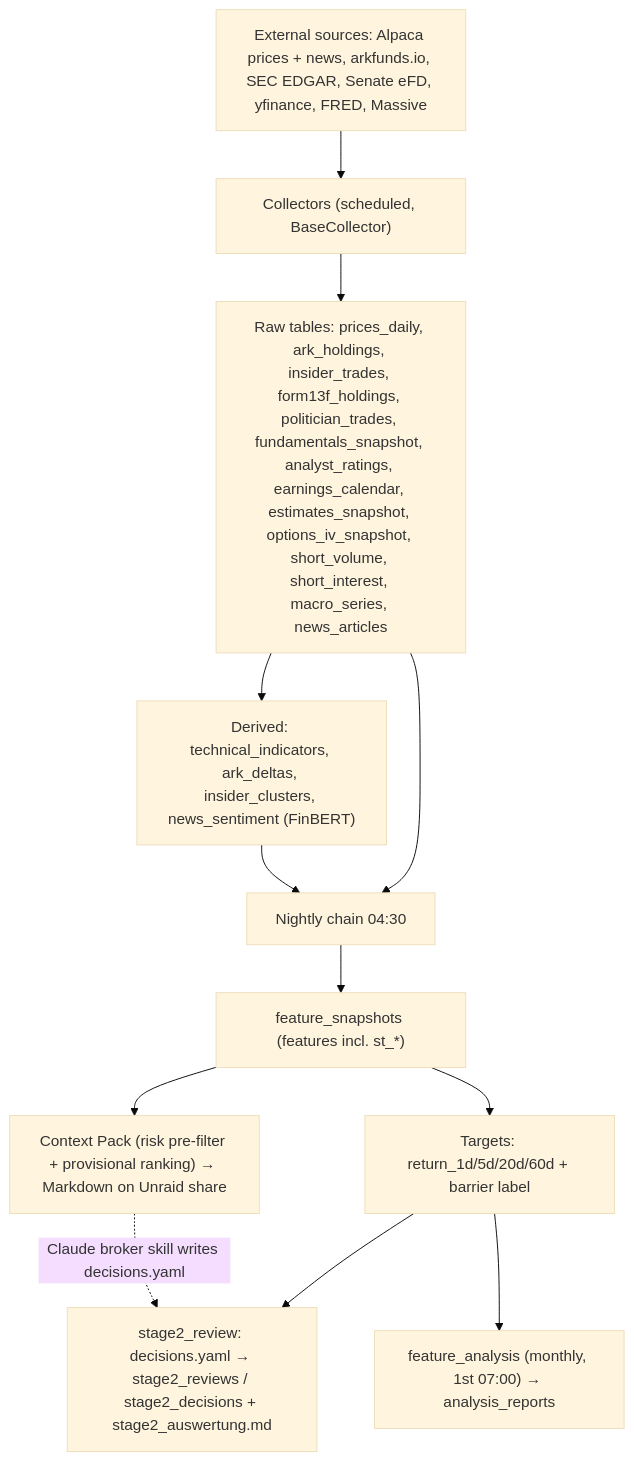
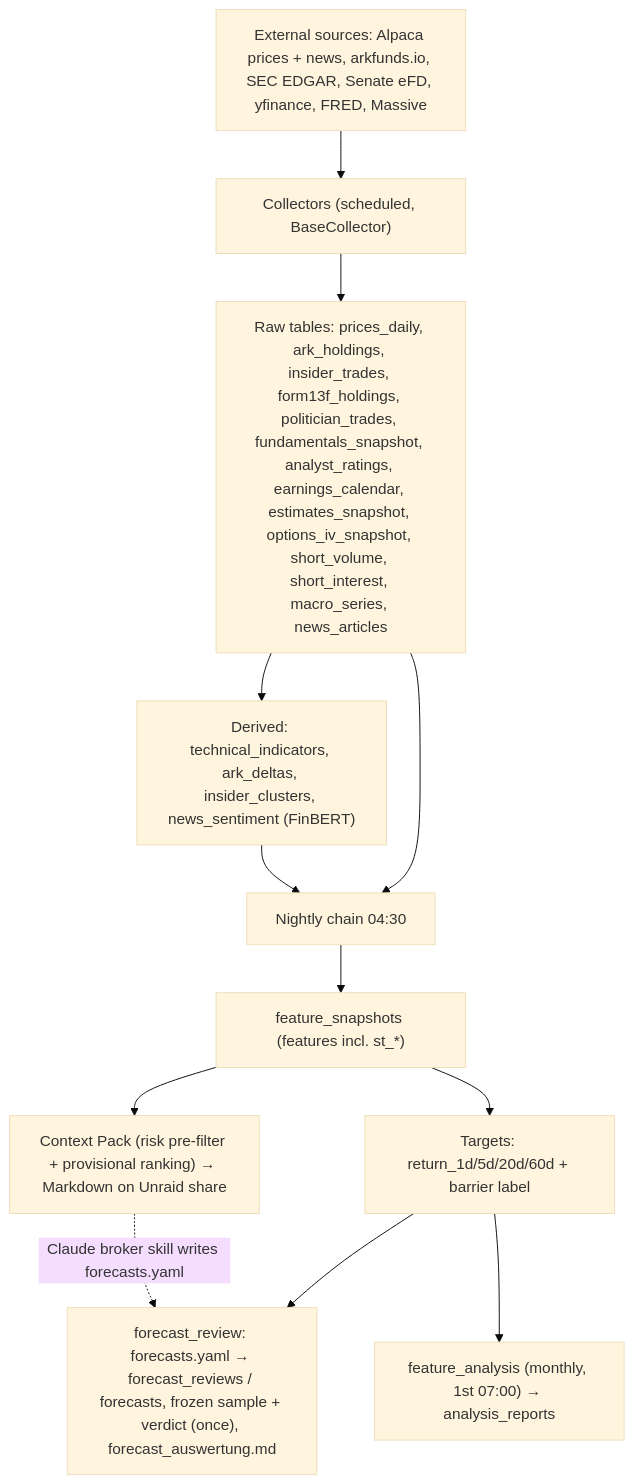
The first of 2 diagrams in docs/ARCHITECTURE.md (sebastianganser/Alpaca-Broker), drawn with Mermaid (base theme) before and after one commit. The commit also changed other lines of this file and 41 other files, not shown here.

First line of the commit message:
feat(forecasts): forecast ingest, frozen-sample persistence and forecast_review chain step (plan step 4)

````diff
--- a/docs/ARCHITECTURE.md
+++ b/docs/ARCHITECTURE.md
@@ -247,14 +248,14 @@
 ```mermaid
 flowchart TD
     SRC["External sources: Alpaca prices + news, arkfunds.io, SEC EDGAR, Senate eFD, yfinance, FRED, Massive"] --> COL["Collectors (scheduled, BaseCollector)"]
     COL --> RAW["Raw tables: prices_daily, ark_holdings, insider_trades, form13f_holdings, politician_trades, fundamentals_snapshot, analyst_ratings, earnings_calendar, estimates_snapshot, options_iv_snapshot, short_volume, short_interest, macro_series, news_articles"]
     RAW --> DER["Derived: technical_indicators, ark_deltas, insider_clusters, news_sentiment (FinBERT)"]
     RAW --> CHAIN
     DER --> CHAIN["Nightly chain 04:30"]
     CHAIN --> FS["feature_snapshots (features incl. st_*)"]
     FS --> TGT["Targets: return_1d/5d/20d/60d + barrier label"]
-    TGT --> S2["stage2_review: decisions.yaml → stage2_reviews / stage2_decisions + stage2_auswertung.md"]
+    TGT --> S2["forecast_review: forecasts.yaml → forecast_reviews / forecasts, frozen sample + verdict (once), forecast_auswertung.md"]
     FS --> CP["Context Pack (risk pre-filter + provisional ranking) → Markdown on Unraid share"]
-    CP -. "Claude broker skill writes decisions.yaml" .-> S2
+    CP -. "Claude broker skill writes forecasts.yaml" .-> S2
     TGT --> FA["feature_analysis (monthly, 1st 07:00) → analysis_reports"]
 ```
````
